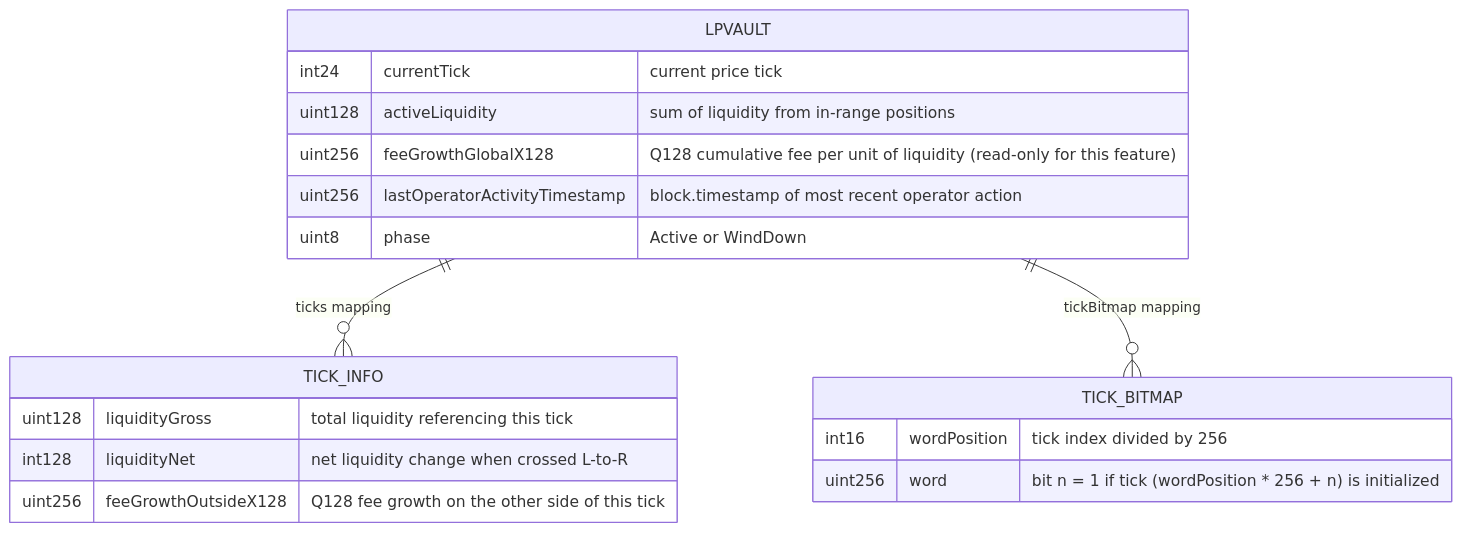
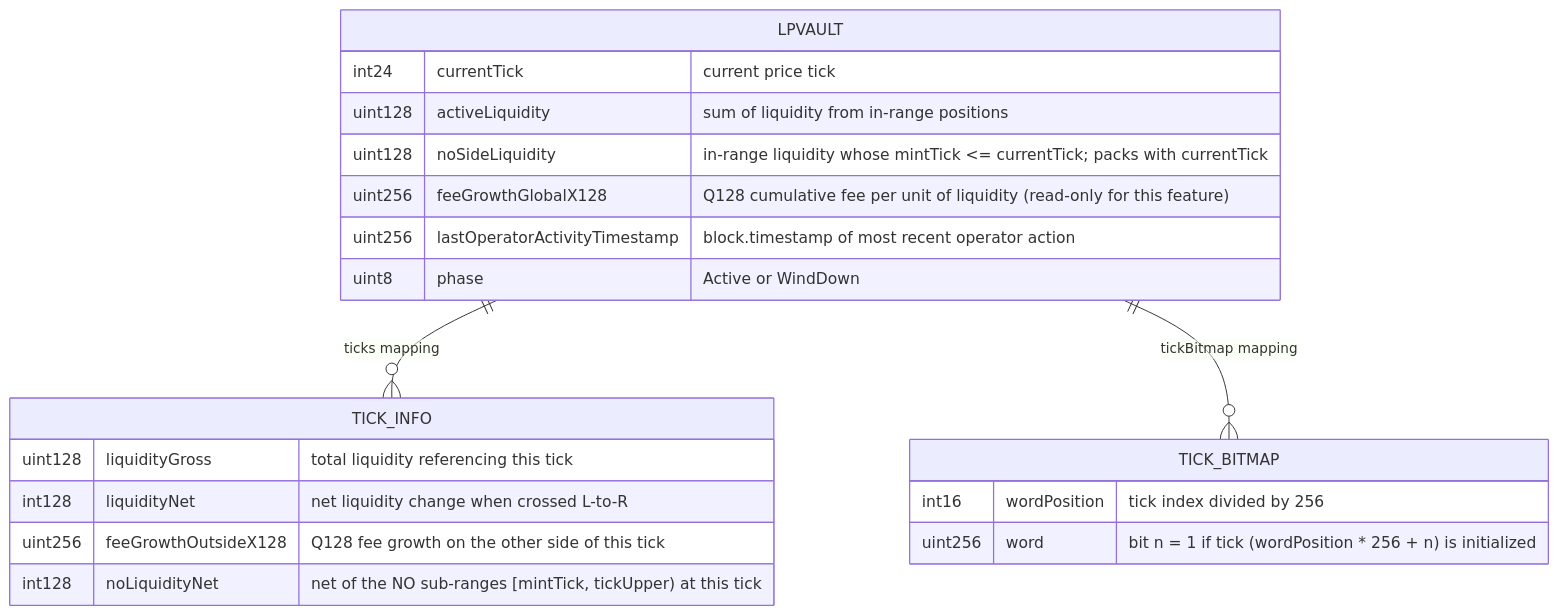
The third of 3 diagrams in specs/features/contracts/FEAT-TVS0-update-tick-and-cross-ticks/ARCHITECTURE.md (ProphetMarket/lp-vaults), drawn with Mermaid before and after one commit. The commit also changed other lines of this file and 42 other files, not shown here.

````diff
--- a/specs/features/contracts/FEAT-TVS0-update-tick-and-cross-ticks/ARCHITECTURE.md
+++ b/specs/features/contracts/FEAT-TVS0-update-tick-and-cross-ticks/ARCHITECTURE.md
@@ -45,21 +47,23 @@
 ```mermaid
 erDiagram
     LPVAULT {
         int24 currentTick "current price tick"
         uint128 activeLiquidity "sum of liquidity from in-range positions"
+        uint128 noSideLiquidity "in-range liquidity whose mintTick <= currentTick; packs with currentTick"
         uint256 feeGrowthGlobalX128 "Q128 cumulative fee per unit of liquidity (read-only for this feature)"
         uint256 lastOperatorActivityTimestamp "block.timestamp of most recent operator action"
         uint8 phase "Active or WindDown"
     }
     TICK_INFO {
         uint128 liquidityGross "total liquidity referencing this tick"
         int128 liquidityNet "net liquidity change when crossed L-to-R"
         uint256 feeGrowthOutsideX128 "Q128 fee growth on the other side of this tick"
+        int128 noLiquidityNet "net of the NO sub-ranges [mintTick, tickUpper) at this tick"
     }
     TICK_BITMAP {
         int16 wordPosition "tick index divided by 256"
         uint256 word "bit n = 1 if tick (wordPosition * 256 + n) is initialized"
     }
     LPVAULT ||--o{ TICK_INFO : "ticks mapping"
     LPVAULT ||--o{ TICK_BITMAP : "tickBitmap mapping"
 ```
````
